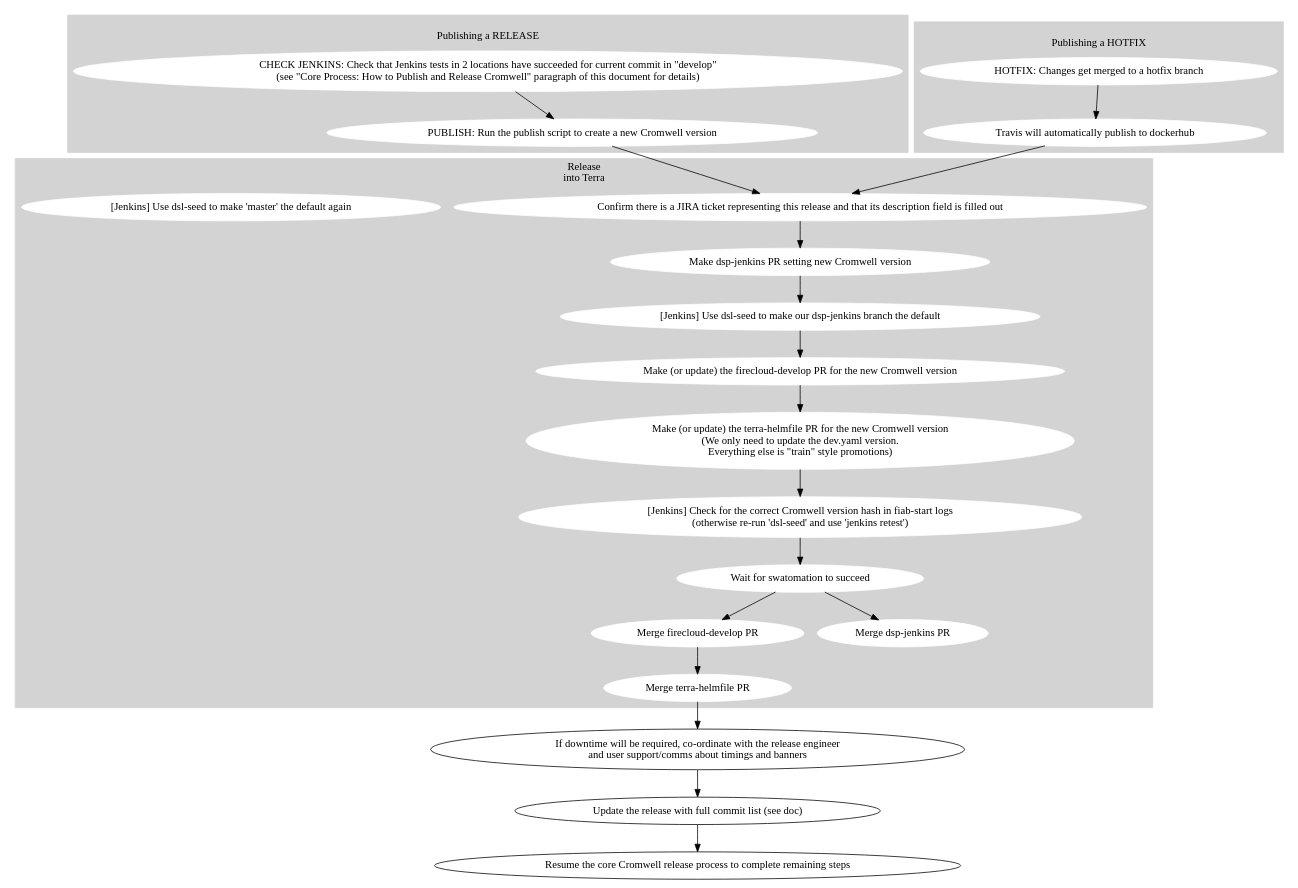
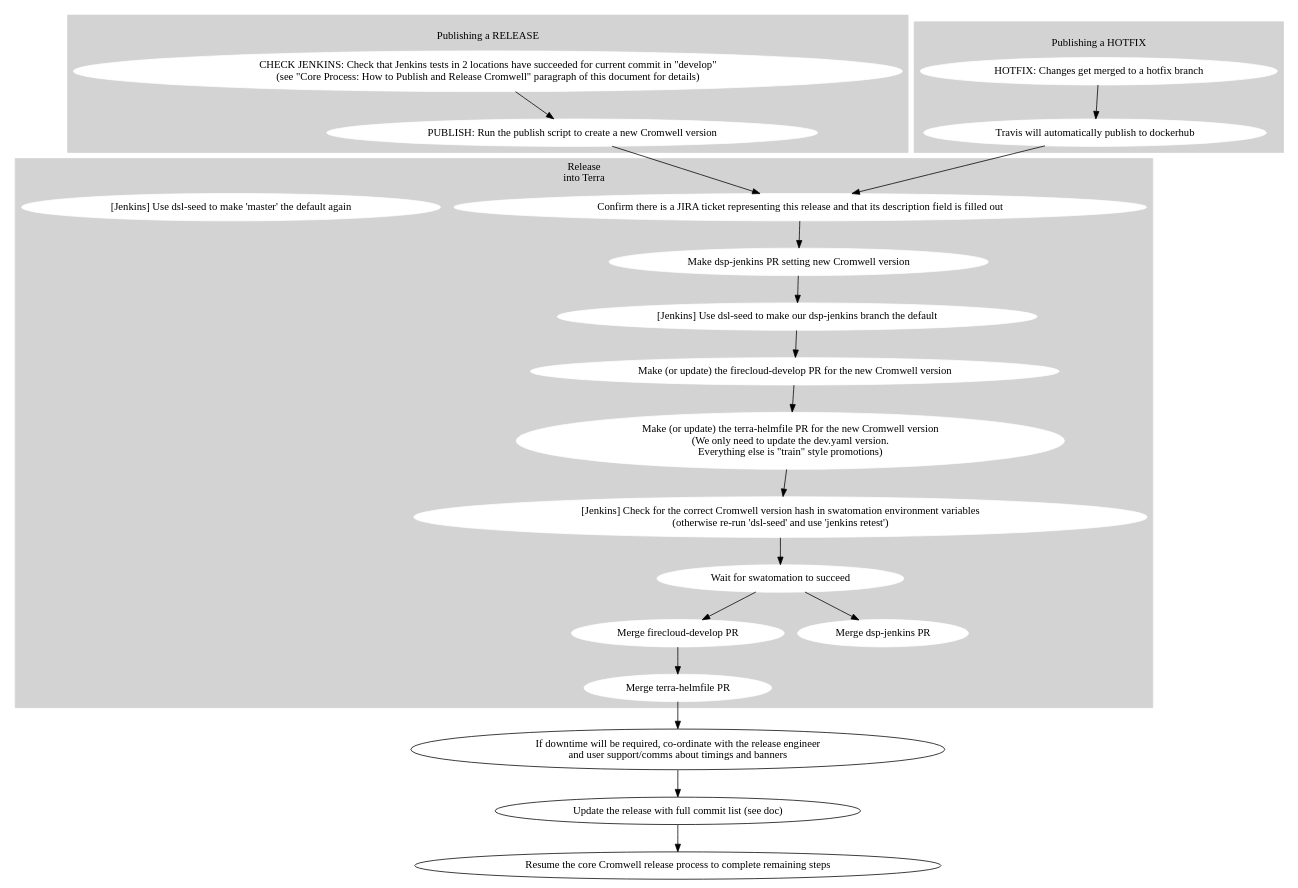
One commit to broadinstitute/cromwell changed the diagram in processes/release_processes/firecloud-develop.dot. Above: the diagram before and after it, drawn with Graphviz. The commit also changed 1 other file, not shown here.

```diff
--- a/processes/release_processes/firecloud-develop.dot
+++ b/processes/release_processes/firecloud-develop.dot
@@ -1,78 +1,78 @@
 digraph {
 
   # Nodes
 
   subgraph cluster_0 {
     label="\lPublishing a RELEASE"
     style=filled
     node [style=filled,color=white];
     color="lightgrey"
 
     check_jenkins_tests [shape=oval label="CHECK JENKINS: Check that Jenkins tests in 2 locations have succeeded for current commit in \"develop\"\n(see \"Core Process: How to Publish and Release Cromwell\" paragraph of this document for details)"];
     release_cromwell [shape=oval label="PUBLISH: Run the publish script to create a new Cromwell version"];
   }
 
   subgraph cluster_1 {
     label="\lPublishing a HOTFIX"
     style=filled
     node [style=filled,color=white];
     color="lightgrey"
 
     hotfix_changes [shape=oval label="HOTFIX: Changes get merged to a hotfix branch"];
     publish_hotfix [shape=oval label="Travis will automatically publish to dockerhub"];
   }
 
   subgraph cluster_2 {
     label="Release\ninto Terra"
     style=filled
     node [style=filled,color=white];
     color="lightgrey"
     confirm_ticket [shape="oval" label="Confirm there is a JIRA ticket representing this release and that its description field is filled out"]
     fcdev_pr [shape=oval label="Make (or update) the firecloud-develop PR for the new Cromwell version"];
     # For an example PR see https://github.com/broadinstitute/terra-helmfile/pull/550#pullrequestreview-527531319
     helmfile_pr [shape=oval label="Make (or update) the terra-helmfile PR for the new Cromwell version\n(We only need to update the dev.yaml version.\nEverything else is \"train\" style promotions)"];
-    confirm_cromwell_v [shape=oval label="[Jenkins] Check for the correct Cromwell version hash in fiab-start logs\n(otherwise re-run 'dsl-seed' and use 'jenkins retest')"];
-    confirm_cromwell_v [shape=oval label="[Jenkins] Check for the correct Cromwell version hash in fiab-start logs\n(otherwise re-run 'dsl-seed' and use 'jenkins retest')"];
+    confirm_cromwell_v [shape=oval label="[Jenkins] Check for the correct Cromwell version hash in swatomation environment variables\n(otherwise re-run 'dsl-seed' and use 'jenkins retest')"];
+    confirm_cromwell_v [shape=oval label="[Jenkins] Check for the correct Cromwell version hash in swatomation environment variables\n(otherwise re-run 'dsl-seed' and use 'jenkins retest')"];
     fcdev_success [shape=oval label="Wait for swatomation to succeed"];
 
     fcdev_merge [shape=oval label="Merge firecloud-develop PR"];
     helmfile_merge [shape=oval label="Merge terra-helmfile PR"];
 
     dspjenkins_PR [shape=oval label="Make dsp-jenkins PR setting new Cromwell version"];
     dspjenkins_merge [shape=oval label="Merge dsp-jenkins PR"];
 
     jenkins_set [shape=oval label="[Jenkins] Use dsl-seed to make our dsp-jenkins branch the default"];
     jenkins_reset [shape=oval label="[Jenkins] Use dsl-seed to make 'master' the default again"];
   }
 
   coordinate_release_timing [shape=oval label="If downtime will be required, co-ordinate with the release engineer\nand user support/comms about timings and banners"];
 
   update_release_ticket [shape=oval label="Update the release with full commit list (see doc)"];
 
   resume_core_release_process [shape=oval label="Resume the core Cromwell release process to complete remaining steps"];
 
   # Edges
   check_jenkins_tests -> release_cromwell
 
   hotfix_changes -> publish_hotfix
   publish_hotfix -> confirm_ticket
 
   release_cromwell -> confirm_ticket
 
   fcdev_pr -> helmfile_pr
   helmfile_pr -> confirm_cromwell_v
 
   confirm_ticket -> dspjenkins_PR
   dspjenkins_PR -> jenkins_set
 
   jenkins_set -> fcdev_pr
   confirm_cromwell_v -> fcdev_success
 
   fcdev_success -> dspjenkins_merge
   fcdev_success -> fcdev_merge
 
   fcdev_merge -> helmfile_merge
   helmfile_merge -> coordinate_release_timing
   coordinate_release_timing -> update_release_ticket
   update_release_ticket -> resume_core_release_process
 }
```
